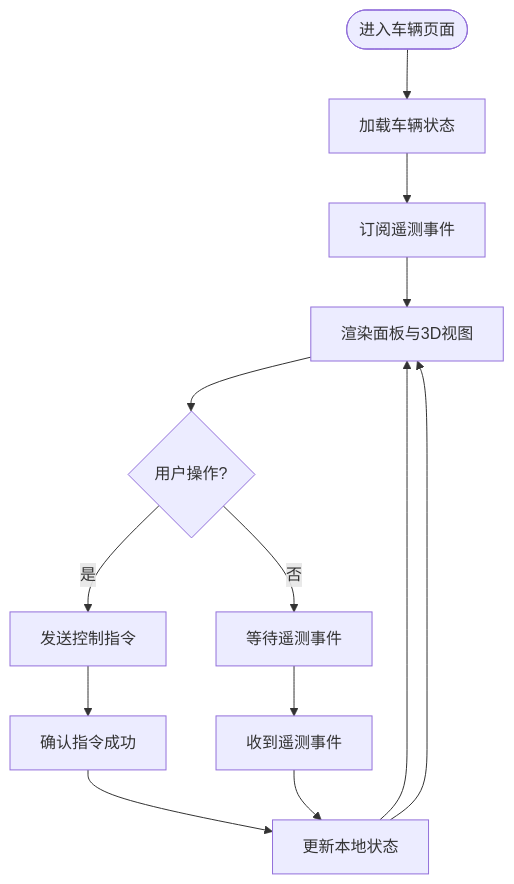
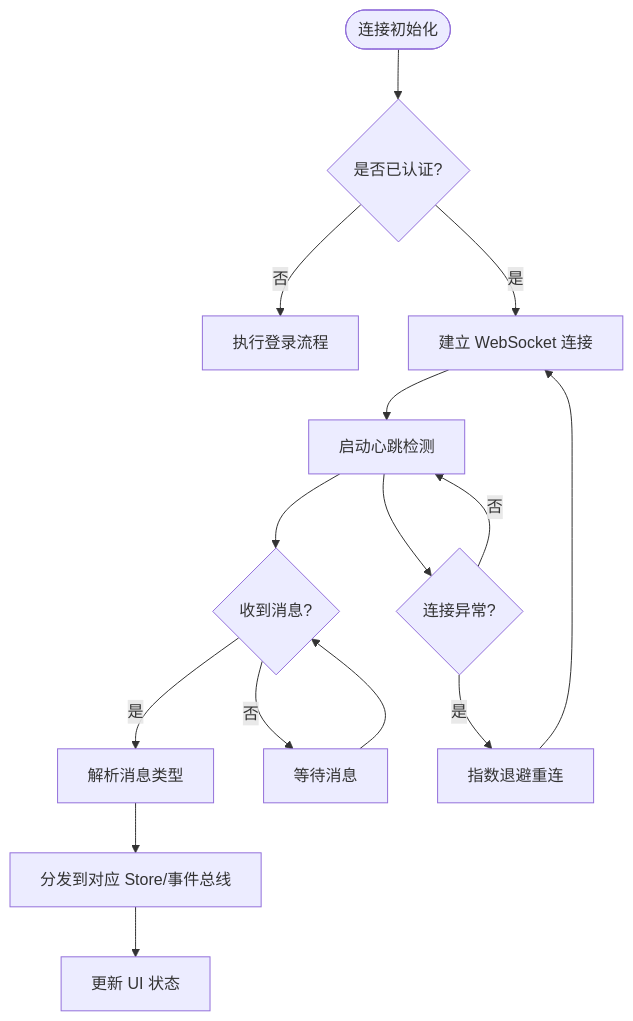
Before and after one commit to zmdhdu/NexusCockpit: the fourth of 8 diagrams in .qoder/repowiki/zh/content/前端应用架构/前端应用架构.md, drawn with Mermaid. The commit also changed other lines of this file and 478 other files, not shown here.

````diff
--- a/.qoder/repowiki/zh/content/前端应用架构/前端应用架构.md
+++ b/.qoder/repowiki/zh/content/前端应用架构/前端应用架构.md
@@ -308,15 +494,17 @@
 ```mermaid
 flowchart TD
-Start(["进入车辆页面"]) --> LoadState["加载车辆状态"]
-LoadState --> Subscribe["订阅遥测事件"]
-Subscribe --> RenderUI["渲染面板与3D视图"]
-RenderUI --> UserAction{"用户操作?"}
-UserAction --> |是| SendCmd["发送控制指令"]
-UserAction --> |否| WaitEvent["等待遥测事件"]
-SendCmd --> Confirm["确认指令成功"]
-Confirm --> UpdateState["更新本地状态"]
-UpdateState --> RenderUI
-WaitEvent --> EventArrive["收到遥测事件"]
-EventArrive --> UpdateState
-UpdateState --> RenderUI
+Start(["连接初始化"]) --> CheckAuth{"是否已认证?"}
+CheckAuth --> |否| Login["执行登录流程"]
+CheckAuth --> |是| Connect["建立 WebSocket 连接"]
+Connect --> Heartbeat["启动心跳检测"]
+Heartbeat --> OnMessage{"收到消息?"}
+OnMessage --> |是| Parse["解析消息类型"]
+Parse --> Dispatch["分发到对应 Store/事件总线"]
+Dispatch --> UpdateUI["更新 UI 状态"]
+OnMessage --> |否| Wait["等待消息"]
+Wait --> OnMessage
+Heartbeat --> Error{"连接异常?"}
+Error --> |是| Reconnect["指数退避重连"]
+Reconnect --> Connect
+Error --> |否| Heartbeat
 ```
````
